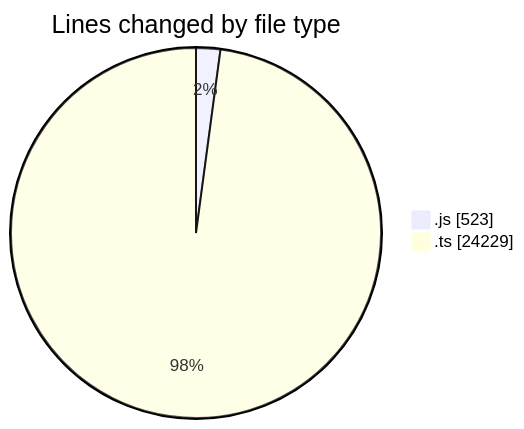
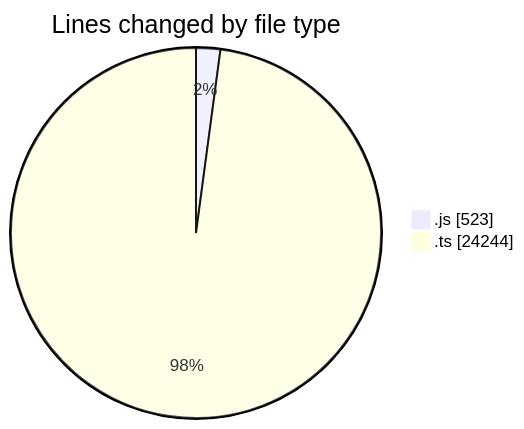
The first of 2 diagrams in 2025-08-15/cda/README.md (momahboobian/code-tracking), drawn with Mermaid before and after one commit. The commit also changed other lines of this file and 1 other file, not shown here.

````diff
--- a/2025-08-15/cda/README.md
+++ b/2025-08-15/cda/README.md
@@ -27,6 +27,6 @@
 ```mermaid
 pie showData
 title Lines changed by file type
 ".js" : 523
-".ts" : 24229
+".ts" : 24244
 ```
````
